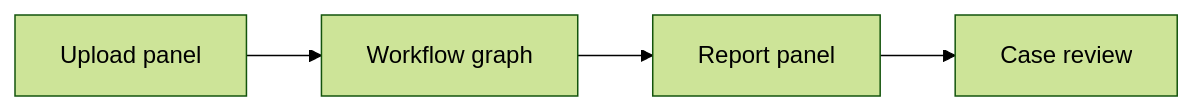
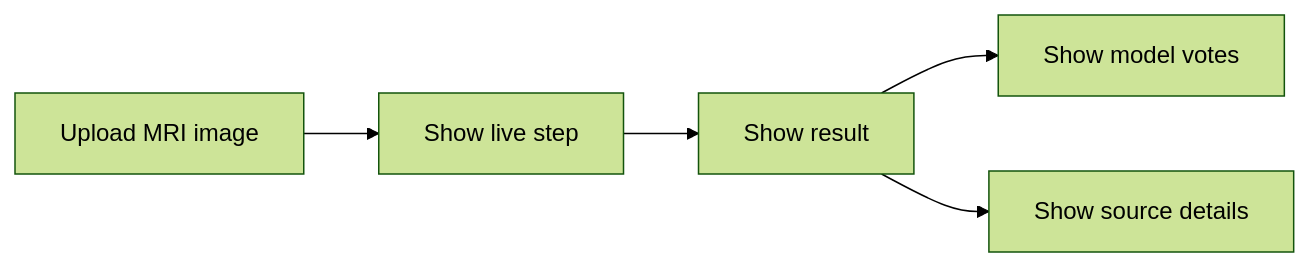
Before and after one commit to TopoVista/MRI-Brain-Tumor-Detection-Agentic-AI: the diagram in frontend/README.md, drawn with Mermaid (forest theme). The commit also changed other lines of this file and 17 other files, not shown here.

````diff
--- a/frontend/README.md
+++ b/frontend/README.md
@@ -33,6 +40,7 @@
 ```mermaid
 flowchart LR
-  A[Upload panel] --> B[Workflow graph]
-  B --> C[Report panel]
-  C --> D[Case review]
+  A[Upload MRI image] --> B[Show live step]
+  B --> C[Show result]
+  C --> D[Show model votes]
+  C --> E[Show source details]
 ```
````
